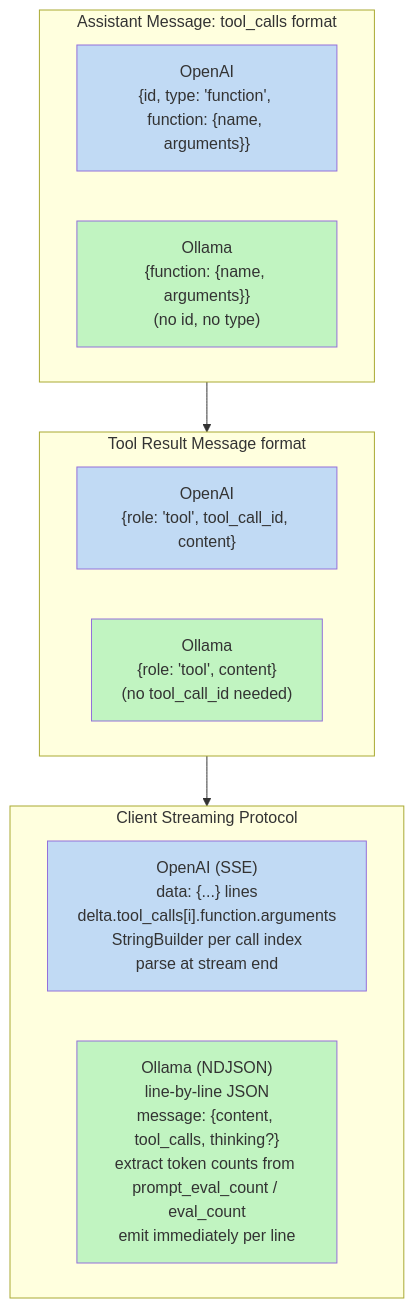
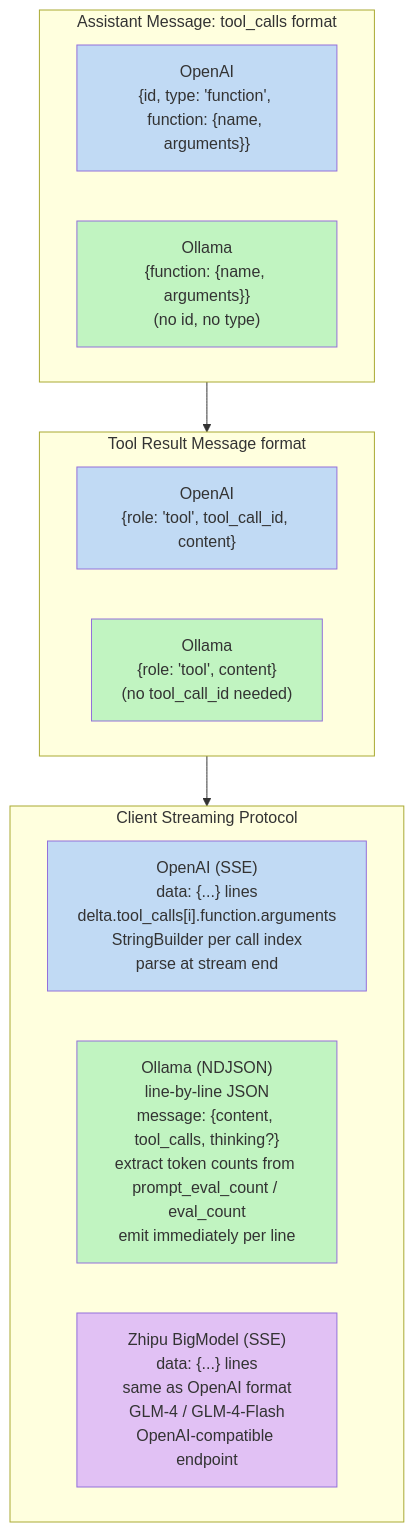
The seventh of 29 diagrams in docs/ARCHITECTURE.md (lg841226/Gradum), drawn with Mermaid before and after one commit. The commit also changed other lines of this file, not shown here.

First line of the commit message:
Update ARCHITECTURE.md with Zhipu BigModel support

````diff
--- a/docs/ARCHITECTURE.md
+++ b/docs/ARCHITECTURE.md
@@ -645,26 +645,28 @@
 ```mermaid
 flowchart TB
     subgraph ASSISTANT["Assistant Message: tool_calls format"]
         OAI1["OpenAI<br/>{id, type: 'function', function: {name, arguments}}"]
         OLL1["Ollama<br/>{function: {name, arguments}}<br/>(no id, no type)"]
     end
 
     subgraph TOOL_MSG["Tool Result Message format"]
         OAI2["OpenAI<br/>{role: 'tool', tool_call_id, content}"]
         OLL2["Ollama<br/>{role: 'tool', content}<br/>(no tool_call_id needed)"]
     end
 
     subgraph STREAM["Client Streaming Protocol"]
         OAI3["OpenAI (SSE)<br/>data: {...} lines<br/>delta.tool_calls[i].function.arguments<br/>StringBuilder per call index<br/>parse at stream end"]
         OLL3["Ollama (NDJSON)<br/>line-by-line JSON<br/>message: {content, tool_calls, thinking?}<br/>extract token counts from prompt_eval_count / eval_count<br/>emit immediately per line"]
+        ZP3["Zhipu BigModel (SSE)<br/>data: {...} lines<br/>same as OpenAI format<br/>GLM-4 / GLM-4-Flash<br/>OpenAI-compatible endpoint"]
     end
 
     ASSISTANT --> TOOL_MSG
     TOOL_MSG --> STREAM
     style OAI1 fill: #c1daf4
     style OAI2 fill: #c1daf4
     style OAI3 fill: #c1daf4
     style OLL1 fill: #c1f4c1
     style OLL2 fill: #c1f4c1
     style OLL3 fill: #c1f4c1
+    style ZP3 fill: #e1c1f4
 ```
````
